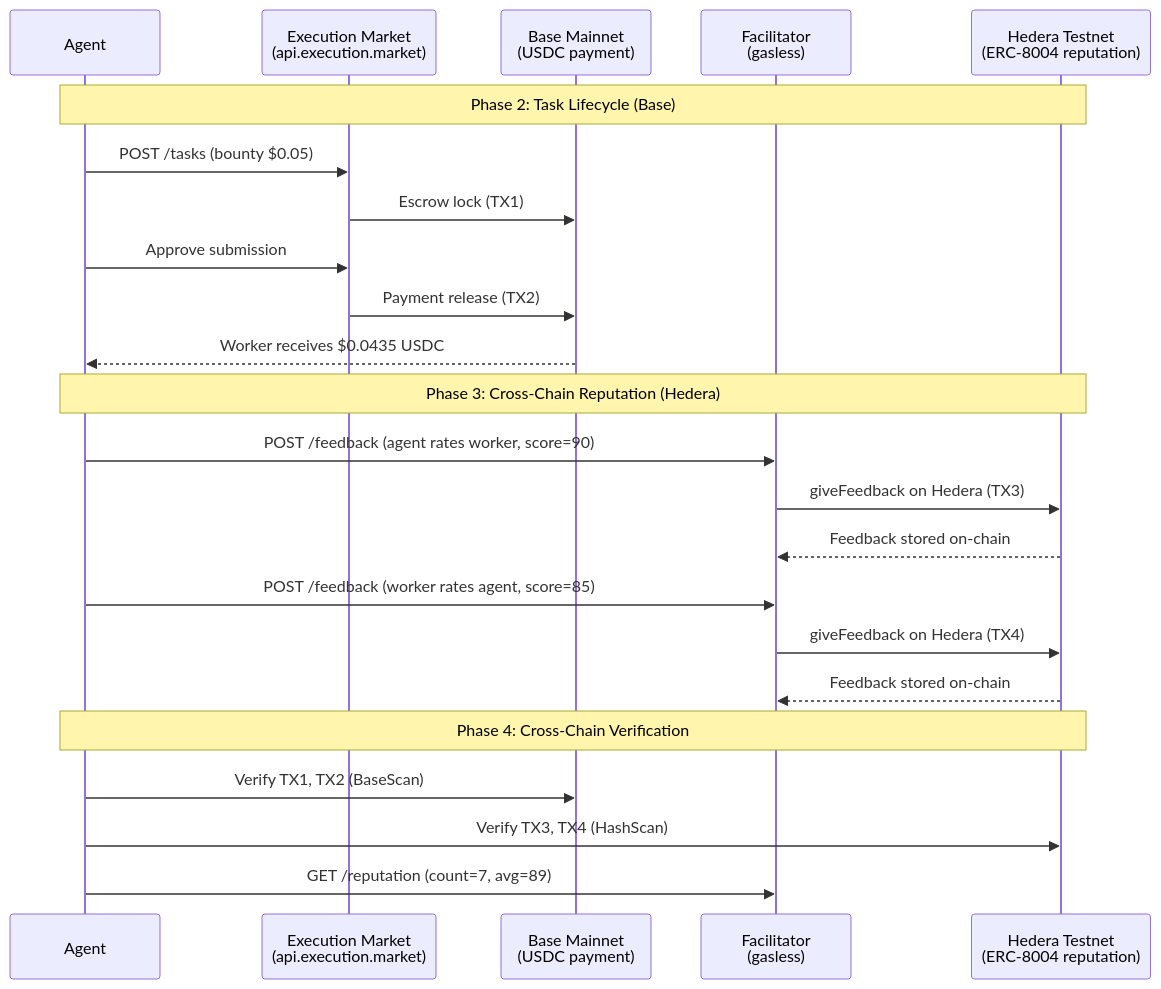
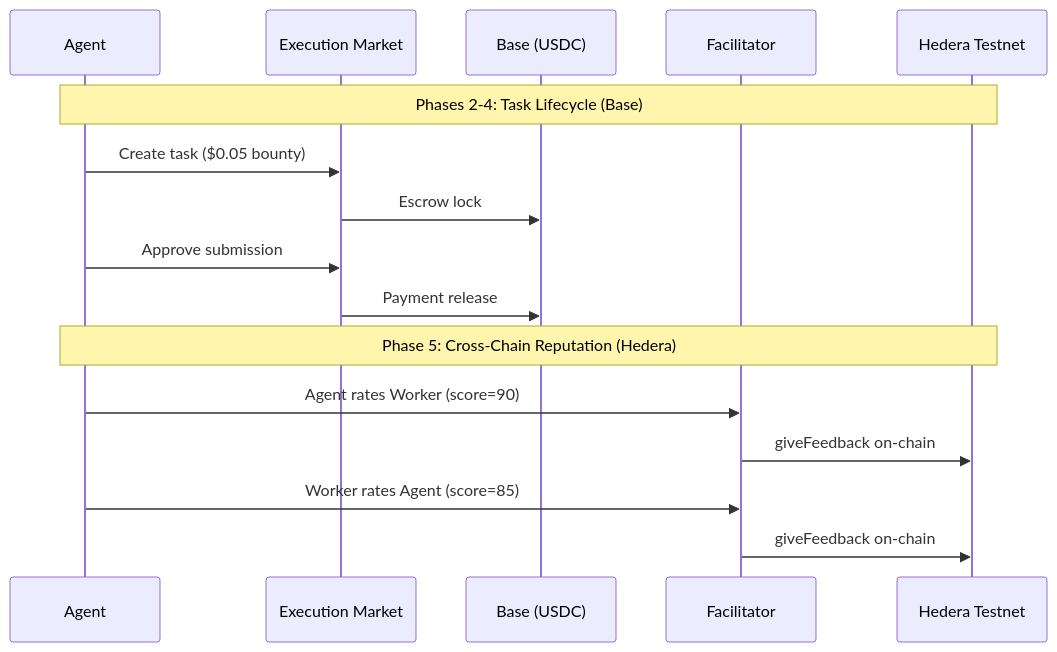
One commit to yesig3/em-cannes-hackathon changed the diagram in hedera/GOLDEN_FLOW_HEDERA_REPORT.md. Above: the diagram before and after it, drawn with Mermaid. The commit also changed other lines of this file and 3 other files, not shown here.

First line of the commit message:
feat(hedera): full standalone Golden Flow — PASS 5/5, no EM dependency

````diff
--- a/hedera/GOLDEN_FLOW_HEDERA_REPORT.md
+++ b/hedera/GOLDEN_FLOW_HEDERA_REPORT.md
@@ -53,28 +51,20 @@
 ```mermaid
 sequenceDiagram
     participant A as Agent
-    participant EM as Execution Market<br/>(api.execution.market)
-    participant B as Base Mainnet<br/>(USDC payment)
-    participant F as Facilitator<br/>(gasless)
-    participant H as Hedera Testnet<br/>(ERC-8004 reputation)
+    participant EM as Execution Market
+    participant B as Base (USDC)
+    participant F as Facilitator
+    participant H as Hedera Testnet
 
-    Note over A,H: Phase 2: Task Lifecycle (Base)
-    A->>EM: POST /tasks (bounty $0.05)
-    EM->>B: Escrow lock (TX1)
+    Note over A,H: Phases 2-4: Task Lifecycle (Base)
+    A->>EM: Create task ($0.05 bounty)
+    EM->>B: Escrow lock
     A->>EM: Approve submission
-    EM->>B: Payment release (TX2)
-    B-->>A: Worker receives $0.0435 USDC
+    EM->>B: Payment release
 
-    Note over A,H: Phase 3: Cross-Chain Reputation (Hedera)
-    A->>F: POST /feedback (agent rates worker, score=90)
-    F->>H: giveFeedback on Hedera (TX3)
-    H-->>F: Feedback stored on-chain
-    A->>F: POST /feedback (worker rates agent, score=85)
-    F->>H: giveFeedback on Hedera (TX4)
-    H-->>F: Feedback stored on-chain
-
-    Note over A,H: Phase 4: Cross-Chain Verification
-    A->>B: Verify TX1, TX2 (BaseScan)
-    A->>H: Verify TX3, TX4 (HashScan)
-    A->>F: GET /reputation (count=7, avg=89)
+    Note over A,H: Phase 5: Cross-Chain Reputation (Hedera)
+    A->>F: Agent rates Worker (score=90)
+    F->>H: giveFeedback on-chain
+    A->>F: Worker rates Agent (score=85)
+    F->>H: giveFeedback on-chain
 ```
````
